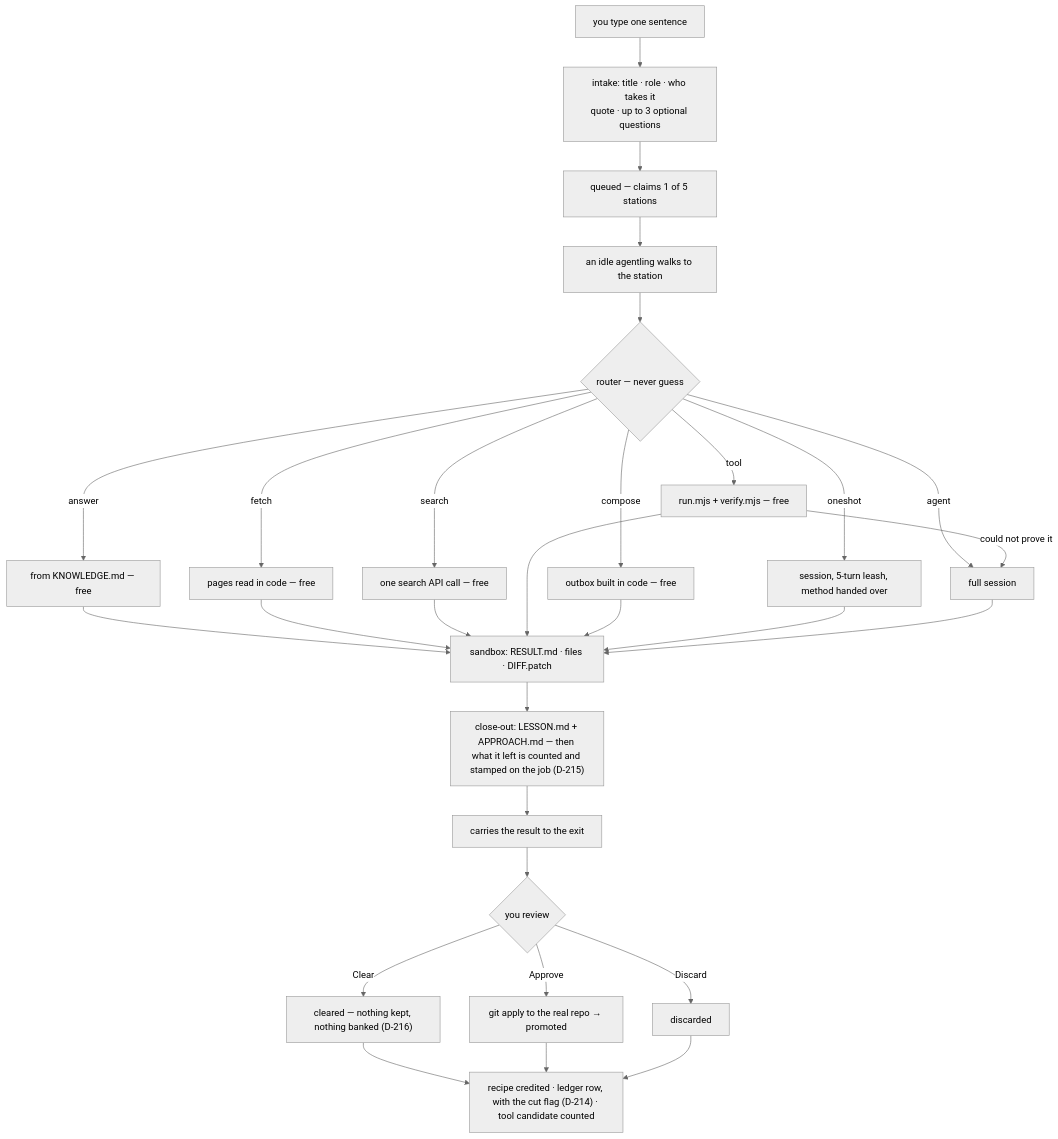
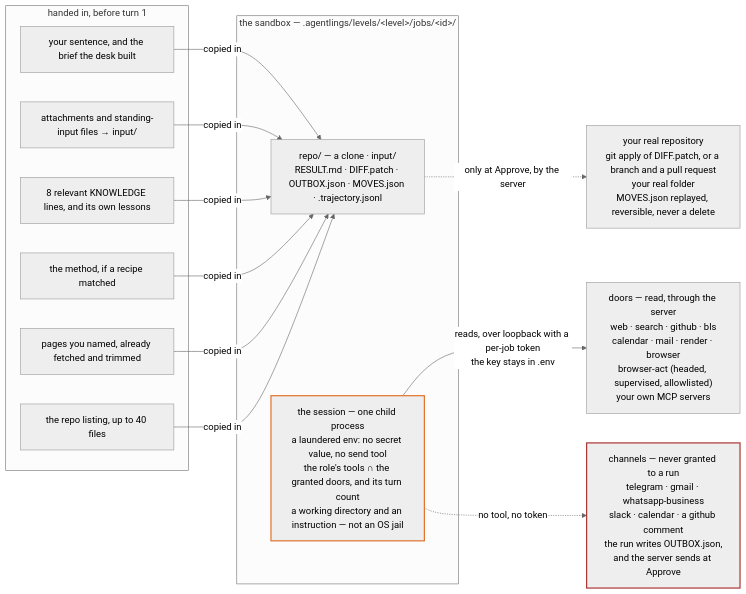
One commit to briant92/Agentlings changed the fourth of 6 diagrams in AGENTLING.md. Above: the diagram before and after it, drawn with Mermaid (neutral theme). The commit also changed other lines of this file and 2 other files, not shown here.

First line of the commit message:
D-282: the platform drawn once — the spine and the install in the README, four cutaways in AGENTLING.md

````diff
--- a/AGENTLING.md
+++ b/AGENTLING.md
@@ -1729,31 +1483,21 @@
 ```mermaid
-flowchart TD
-  S["you type one sentence"] --> I["intake: title · role · who takes it<br/>quote · up to 3 optional questions"]
-  I --> Q["queued — claims 1 of 5 stations"]
-  Q --> W["an idle agentling walks to the station"]
-  W --> R{"router — never guess"}
-  R -->|"answer"| F1["from KNOWLEDGE.md — free"]
-  R -->|"fetch"| F2["pages read in code — free"]
-  R -->|"search"| F4["one search API call — free"]
-  R -->|"tool"| F3["run.mjs + verify.mjs — free"]
-  R -->|"compose"| F5["outbox built in code — free"]
-  R -->|"oneshot"| SE["session, 5-turn leash, method handed over"]
-  R -->|"agent"| SE2["full session"]
-  F3 -->|"could not prove it"| SE2
-  F1 --> D["sandbox: RESULT.md · files · DIFF.patch"]
-  F2 --> D
-  F4 --> D
-  F3 --> D
-  F5 --> D
-  SE --> D
-  SE2 --> D
-  D --> C["close-out: LESSON.md + APPROACH.md — then what it left is counted and stamped on the job (D-215)"]
-  C --> X["carries the result to the exit"]
-  X --> V{"you review"}
-  V -->|"Approve"| P["git apply to the real repo → promoted"]
-  V -->|"Discard"| DI["discarded"]
-  V -->|"Clear"| CL["cleared — nothing kept, nothing banked (D-216)"]
-  CL --> LN
-  P --> LN["recipe credited · ledger row, with the cut flag (D-214) · tool candidate counted"]
-  DI --> LN
+flowchart LR
+  classDef sess stroke:#df7126,stroke-width:2px
+  classDef never stroke:#ac3232,stroke-width:2px
+  subgraph hi["handed in, before turn 1"]
+    h1["your sentence, and the brief the desk built"]
+    h2["attachments and standing-input files → input/"]
+    h3["8 relevant KNOWLEDGE lines, and its own lessons"]
+    h4["the method, if a recipe matched"]
+    h5["pages you named, already fetched and trimmed"]
+    h6["the repo listing, up to 40 files"]
+  end
+  subgraph sb["the sandbox — .agentlings/levels/&lt;level&gt;/jobs/&lt;id&gt;/"]
+    fs["repo/ — a clone · input/<br/>RESULT.md · DIFF.patch · OUTBOX.json · MOVES.json · .trajectory.jsonl"]
+    ps["the session — one child process<br/>a laundered env: no secret value, no send tool<br/>the role's tools ∩ the granted doors, and its turn count<br/>a working directory and an instruction — not an OS jail"]:::sess
+  end
+  h1 & h2 & h3 & h4 & h5 & h6 -->|"copied in"| fs
+  ps -->|"reads, over loopback with a per-job token<br/>the key stays in .env"| dr["doors — read, through the server<br/>web · search · github · bls<br/>calendar · mail · render · browser<br/>browser-act (headed, supervised, allowlisted)<br/>your own MCP servers"]
+  ps -.->|"no tool, no token"| ch["channels — never granted to a run<br/>telegram · gmail · whatsapp-business<br/>slack · calendar · a github comment<br/>the run writes OUTBOX.json,<br/>and the server sends at Approve"]:::never
+  fs -.->|"only at Approve, by the server"| rw["your real repository<br/>git apply of DIFF.patch, or a branch and a pull request<br/>your real folder<br/>MOVES.json replayed, reversible, never a delete"]
 ```
````
